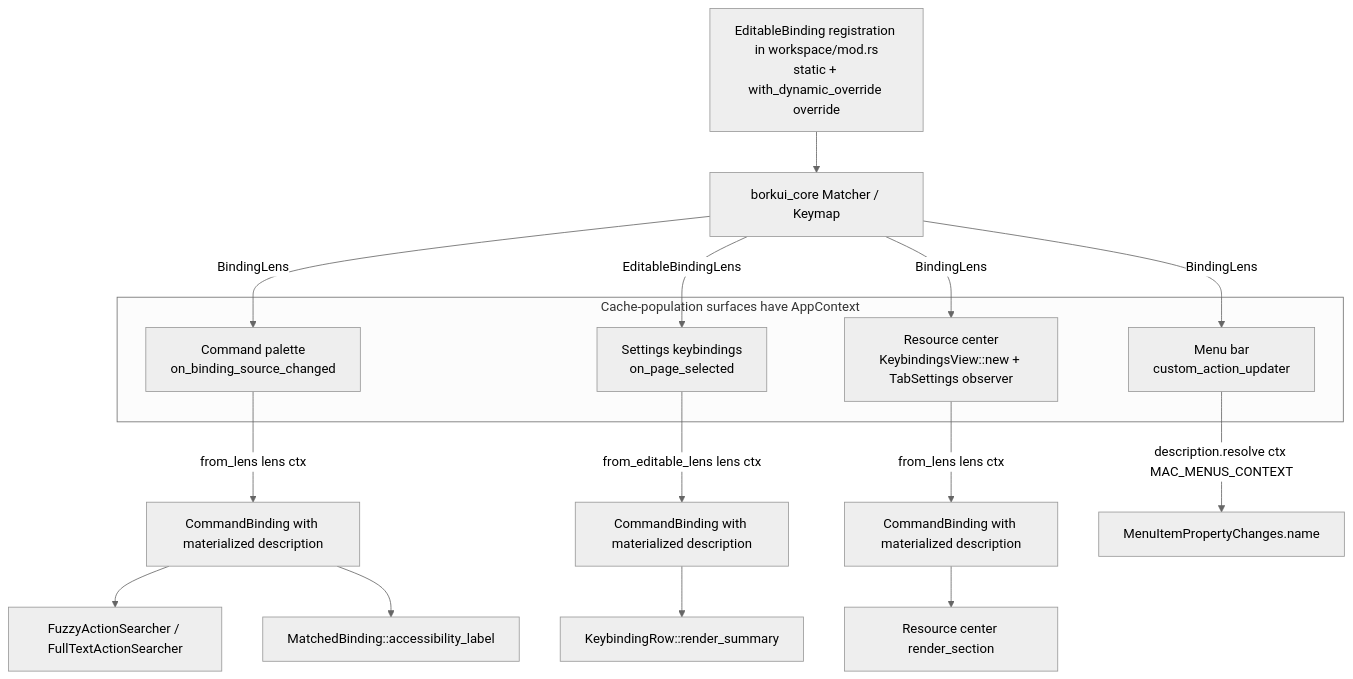
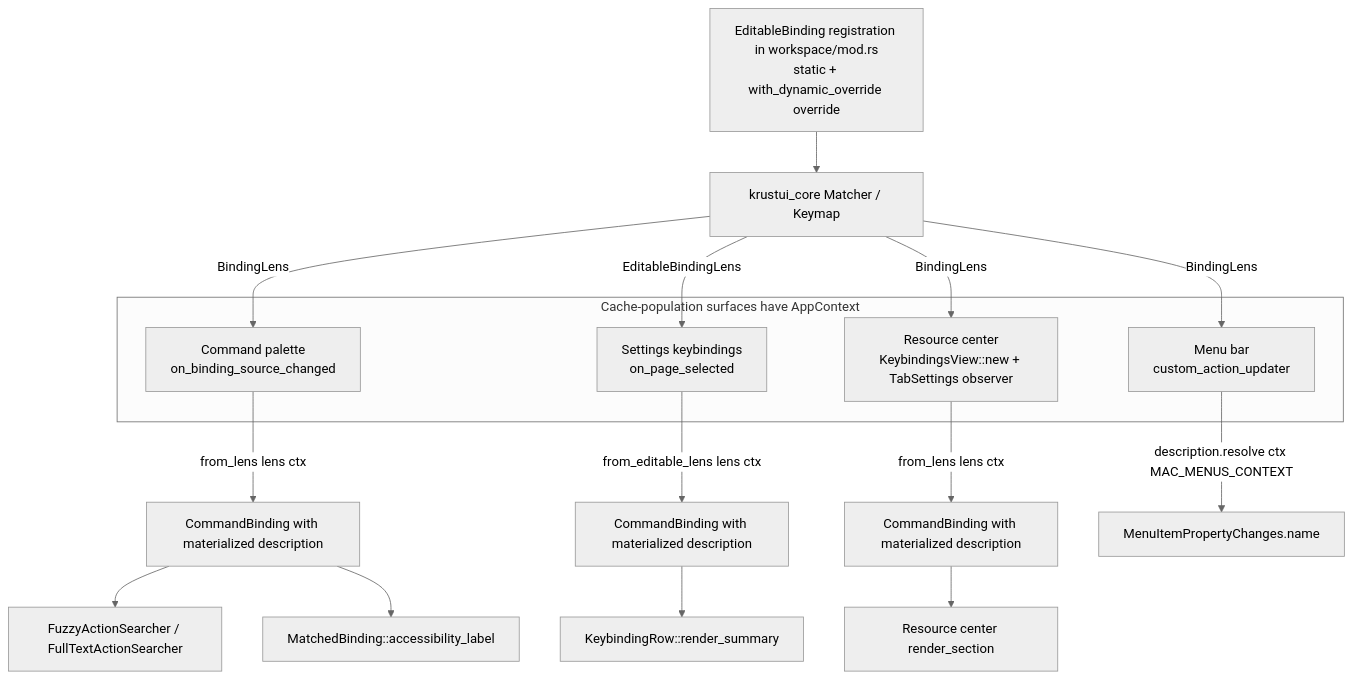
The diagram in specs/APP-3909/TECH.md (antikrust/krust-terminal), drawn with Mermaid (neutral theme) before and after one commit. The commit also changed other lines of this file and 4480 other files, not shown here.

````diff
--- a/specs/APP-3909/TECH.md
+++ b/specs/APP-3909/TECH.md
@@ -175,28 +175,28 @@
 ```mermaid
 flowchart TD
     R[EditableBinding registration in workspace/mod.rs<br/>static + with_dynamic_override override]
-    KM[borkui_core Matcher / Keymap]
+    KM[krustui_core Matcher / Keymap]
     R --> KM
 
     subgraph Cache-population surfaces have AppContext
         CP[Command palette<br/>on_binding_source_changed]
         SK[Settings keybindings<br/>on_page_selected]
         RC[Resource center<br/>KeybindingsView::new + TabSettings observer]
         MB[Menu bar<br/>custom_action_updater]
     end
 
     KM -->|BindingLens| CP
     KM -->|EditableBindingLens| SK
     KM -->|BindingLens| RC
     KM -->|BindingLens| MB
 
     CP -->|from_lens lens ctx| CB1[CommandBinding with materialized description]
     SK -->|from_editable_lens lens ctx| CB2[CommandBinding with materialized description]
     RC -->|from_lens lens ctx| CB3[CommandBinding with materialized description]
     MB -->|description.resolve ctx MAC_MENUS_CONTEXT| MN[MenuItemPropertyChanges.name]
 
     CB1 --> FZ[FuzzyActionSearcher / FullTextActionSearcher]
     CB1 --> AL[MatchedBinding::accessibility_label]
     CB2 --> KR[KeybindingRow::render_summary]
     CB3 --> RR[Resource center render_section]
 ```
````
